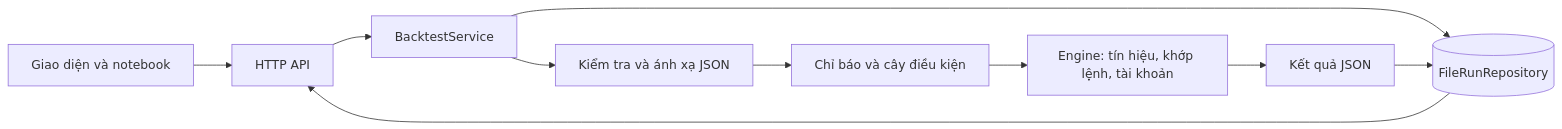
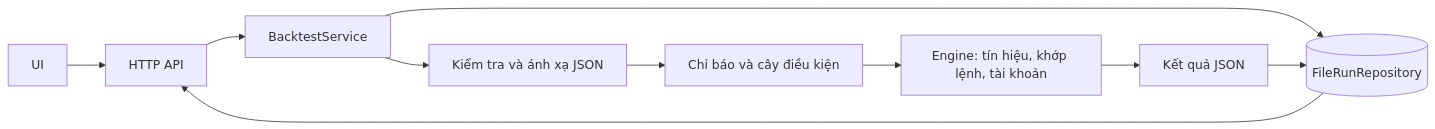
One commit to trivo-de/back-testing changed the first of 4 diagrams in docs/design/system-design.md. Above: the diagram before and after it, drawn with Mermaid. The commit also changed other lines of this file and 19 other files, not shown here.

````diff
--- a/docs/design/system-design.md
+++ b/docs/design/system-design.md
@@ -12,12 +12,12 @@
 ```mermaid
 flowchart LR
-    UI[Giao diện và notebook] --> API[HTTP API]
+    UI[UI] --> API[HTTP API]
     API --> APP[BacktestService]
     APP --> DATA[Kiểm tra và ánh xạ JSON]
     DATA --> STRAT[Chỉ báo và cây điều kiện]
     STRAT --> ENGINE[Engine: tín hiệu, khớp lệnh, tài khoản]
     ENGINE --> RESULT[Kết quả JSON]
     APP --> STORE[(FileRunRepository)]
     RESULT --> STORE
     STORE --> API
 ```
````
